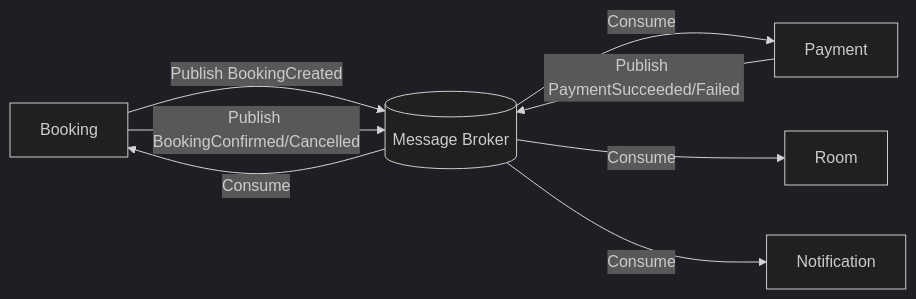
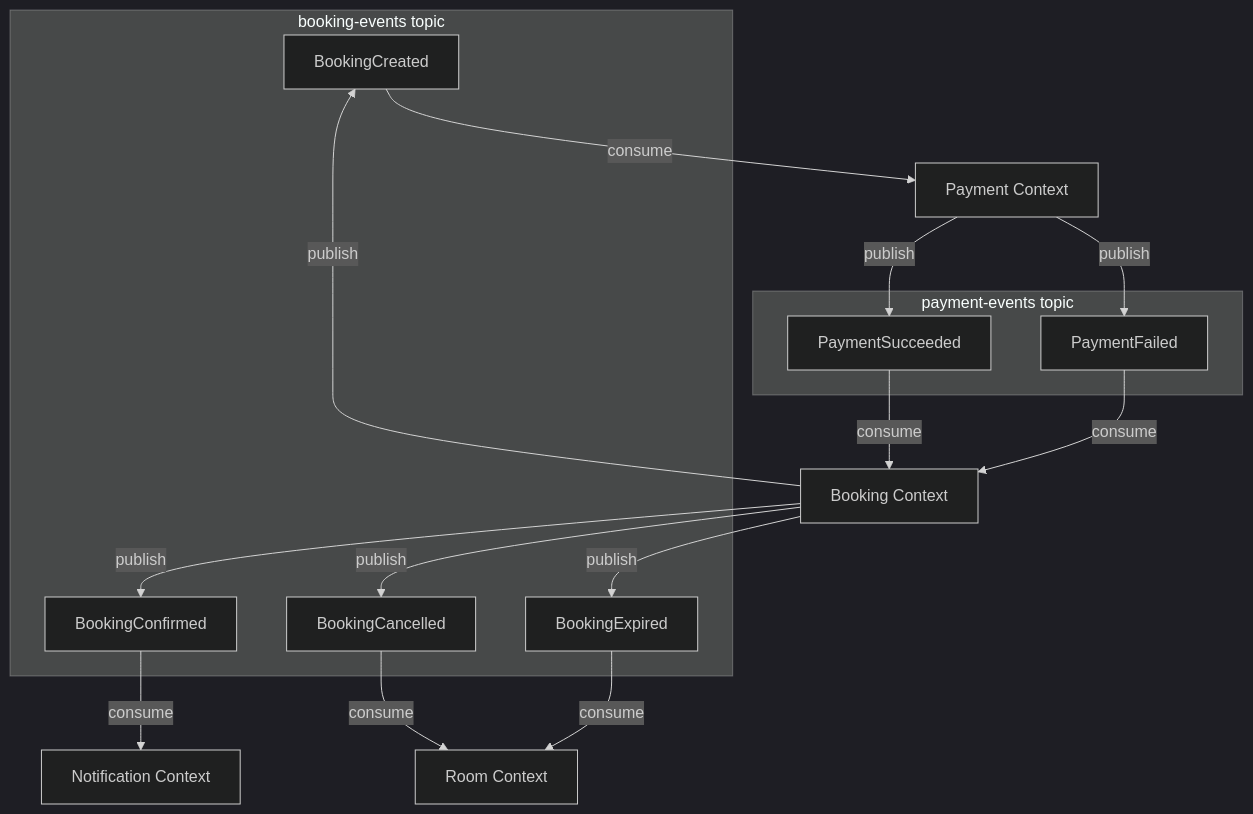
The second of 6 diagrams in analysis-and-design-ddd.md (bangit14/WebBanHang-Project), drawn with Mermaid (dark theme) before and after one commit. The commit also changed other lines of this file, not shown here.

````diff
--- a/analysis-and-design-ddd.md
+++ b/analysis-and-design-ddd.md
@@ -130,13 +150,30 @@
 ```mermaid
-graph LR
-    Booking[Booking] -->|Publish BookingCreated| MQ[(Message Broker)]
+graph TD
+    subgraph "booking-events topic"
+        BE_BC[BookingCreated]
+        BE_BCF[BookingConfirmed]
+        BE_BCA[BookingCancelled]
+        BE_BEX[BookingExpired]
+    end
 
-    MQ -->|Consume| Payment[Payment]
-    Payment -->|Publish PaymentSucceeded/Failed| MQ
+    subgraph "payment-events topic"
+        PE_PS[PaymentSucceeded]
+        PE_PF[PaymentFailed]
+    end
 
-    MQ -->|Consume| Booking
-    Booking -->|Publish BookingConfirmed/Cancelled| MQ
+    Booking[Booking Context] -->|publish| BE_BC
+    Booking -->|publish| BE_BCF
+    Booking -->|publish| BE_BCA
+    Booking -->|publish| BE_BEX
 
-    MQ -->|Consume| Room[Room]
-    MQ -->|Consume| Notification[Notification]
+    BE_BC -->|consume| Payment[Payment Context]
+    Payment -->|publish| PE_PS
+    Payment -->|publish| PE_PF
+
+    PE_PS -->|consume| Booking
+    PE_PF -->|consume| Booking
+
+    BE_BCF -->|consume| Notification[Notification Context]
+    BE_BCA -->|consume| Room[Room Context]
+    BE_BEX -->|consume| Room
 ```
````
